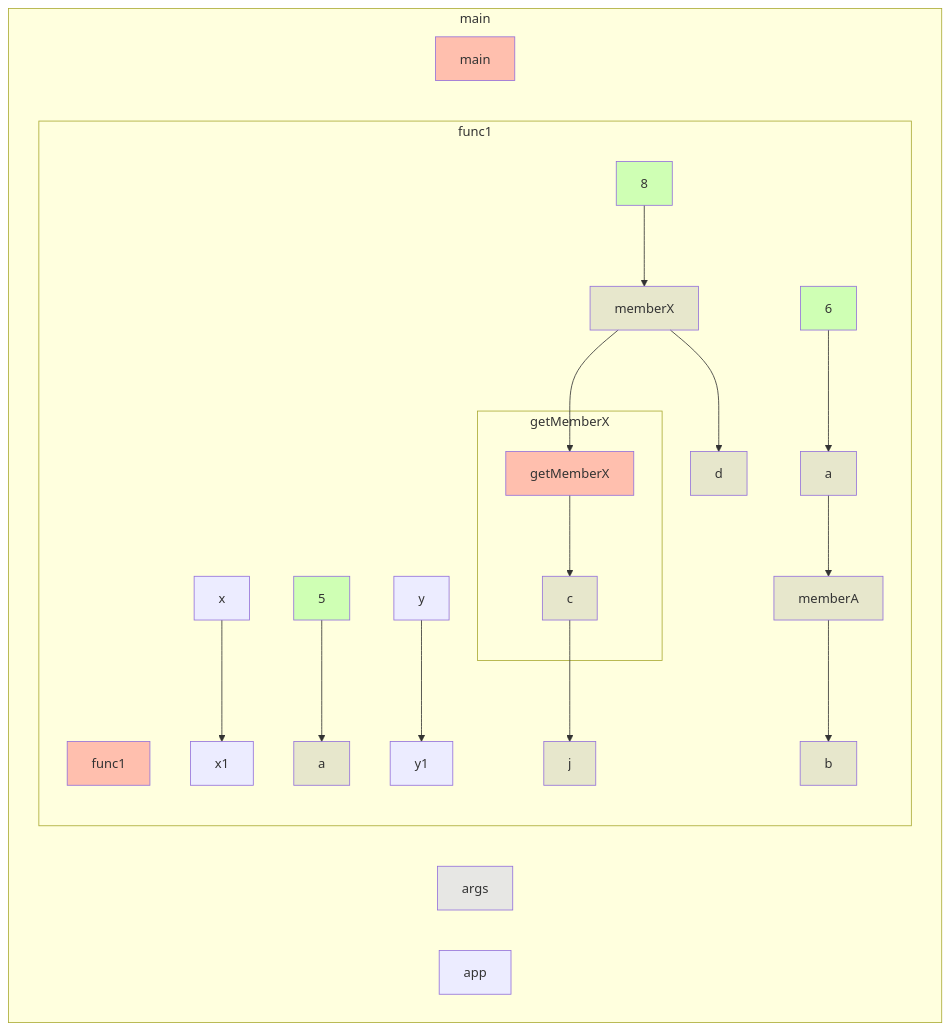
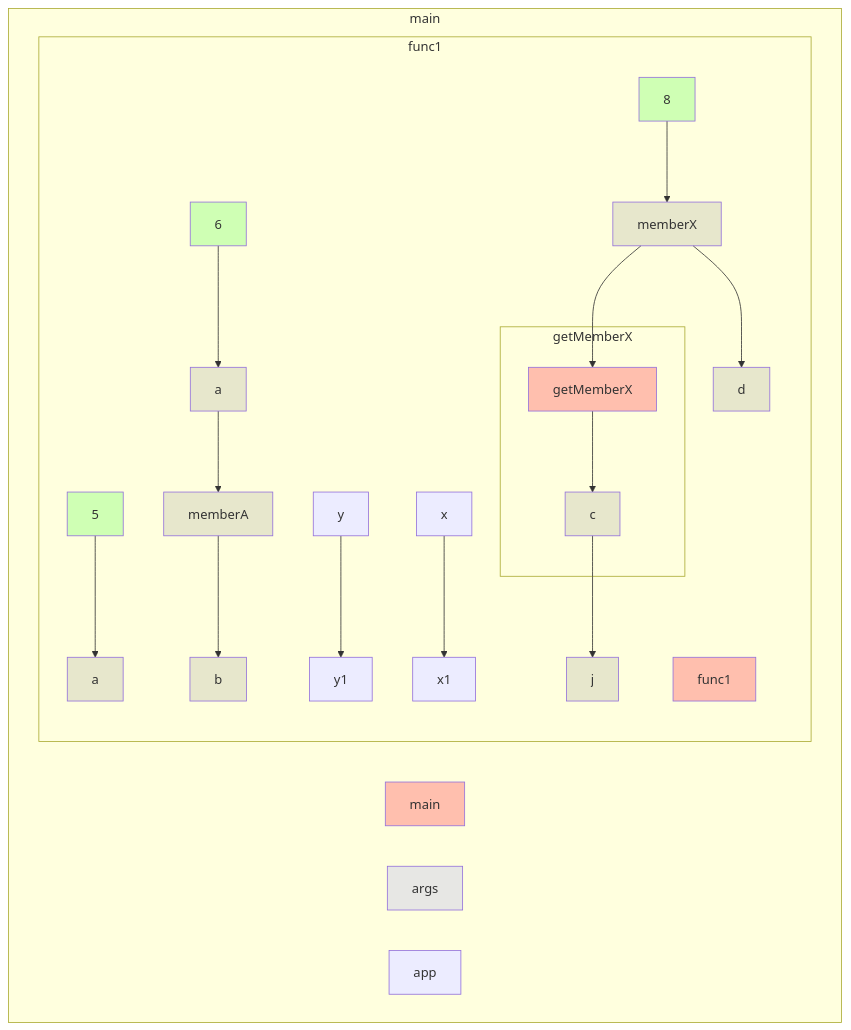
One commit to gstiebler/codeflow changed the diagram in app/src/test/resources/member/truth.md. Above: the diagram before and after it, drawn with Mermaid. The commit also changed 22 other files, not shown here.

````diff
--- a/app/src/test/resources/member/truth.md
+++ b/app/src/test/resources/member/truth.md
@@ -1,46 +1,46 @@
 ```mermaid
 flowchart TD
-  subgraph 4309014["main"]
-    -1776229095[args]:::FUNC_PARAM
-    -816970351[app]:::OBJ_VARIABLE
-    56853577[main]:::RETURN
-    subgraph -218949196["func1"]
-      -818584777[a]:::VARIABLE
-      -818584386[x]:::OBJ_VARIABLE
-      -425259420[a]:::VARIABLE
-      -425237283[5]:::LITERAL
-      -425233174[6]:::LITERAL
-      -425201835[b]:::VARIABLE
-      -425171679[y]:::OBJ_VARIABLE
-      -425089242[8]:::LITERAL
-      -425022520[y1]:::OBJ_VARIABLE
-      -424402141[c]:::VARIABLE
-      -424342723[d]:::VARIABLE
-      -424313825[j]:::VARIABLE
-      -424308967[x1]:::OBJ_VARIABLE
-      843903363[func1]:::RETURN
-      15312401437[memberA]:::VARIABLE
-      15312401828[memberX]:::VARIABLE
-      -818584777[a]:::VARIABLE --> 15312401437[memberA]:::VARIABLE
-      -818584386[x]:::OBJ_VARIABLE --> -424308967[x1]:::OBJ_VARIABLE
-      -425237283[5]:::LITERAL --> -425259420[a]:::VARIABLE
-      -425233174[6]:::LITERAL --> -818584777[a]:::VARIABLE
-      -425171679[y]:::OBJ_VARIABLE --> -425022520[y1]:::OBJ_VARIABLE
-      -425089242[8]:::LITERAL --> 15312401828[memberX]:::VARIABLE
-      -424402141[c]:::VARIABLE --> -424313825[j]:::VARIABLE
-      15312401437[memberA]:::VARIABLE --> -425201835[b]:::VARIABLE
-      15312401828[memberX]:::VARIABLE --> 33333213288[getMemberX]:::RETURN
-      15312401828[memberX]:::VARIABLE --> -424342723[d]:::VARIABLE
-      subgraph 1481005238["getMemberX"]
-        33333213288[getMemberX]:::RETURN
-        33333213288[getMemberX]:::RETURN --> -424402141[c]:::VARIABLE
+  subgraph b0["main"]
+    n1[main]:::RETURN
+    n2[args]:::FUNC_PARAM
+    n3[app]:::OBJ_VARIABLE
+    subgraph b4["func1"]
+      n5[func1]:::RETURN
+      n6[a]:::VARIABLE
+      n7[5]:::LITERAL
+      n8[a]:::VARIABLE
+      n9[6]:::LITERAL
+      n10[memberA]:::VARIABLE
+      n11[b]:::VARIABLE
+      n12[y]:::OBJ_VARIABLE
+      n13[x]:::OBJ_VARIABLE
+      n14[memberX]:::VARIABLE
+      n15[8]:::LITERAL
+      n16[y1]:::OBJ_VARIABLE
+      n17[c]:::VARIABLE
+      n20[x1]:::OBJ_VARIABLE
+      n21[d]:::VARIABLE
+      n22[j]:::VARIABLE
+      n7[5]:::LITERAL --> n6[a]:::VARIABLE
+      n8[a]:::VARIABLE --> n10[memberA]:::VARIABLE
+      n9[6]:::LITERAL --> n8[a]:::VARIABLE
+      n10[memberA]:::VARIABLE --> n11[b]:::VARIABLE
+      n12[y]:::OBJ_VARIABLE --> n16[y1]:::OBJ_VARIABLE
+      n13[x]:::OBJ_VARIABLE --> n20[x1]:::OBJ_VARIABLE
+      n14[memberX]:::VARIABLE --> n19[getMemberX]:::RETURN
+      n14[memberX]:::VARIABLE --> n21[d]:::VARIABLE
+      n15[8]:::LITERAL --> n14[memberX]:::VARIABLE
+      n17[c]:::VARIABLE --> n22[j]:::VARIABLE
+      subgraph b18["getMemberX"]
+        n19[getMemberX]:::RETURN
+        n19[getMemberX]:::RETURN --> n17[c]:::VARIABLE
       end
     end
   end
   classDef LITERAL fill:#00FF0030
   classDef VARIABLE fill:#80808030
   classDef BIN_OP fill:#80808080
   classDef FUNC_PARAM fill:#8080FF30
   classDef RETURN fill:#FF808080
   classDef EXTERNAL fill:#FFA50040
 ```
````
